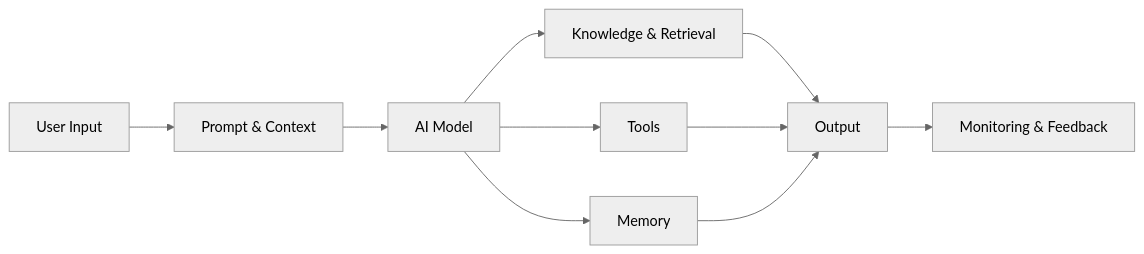
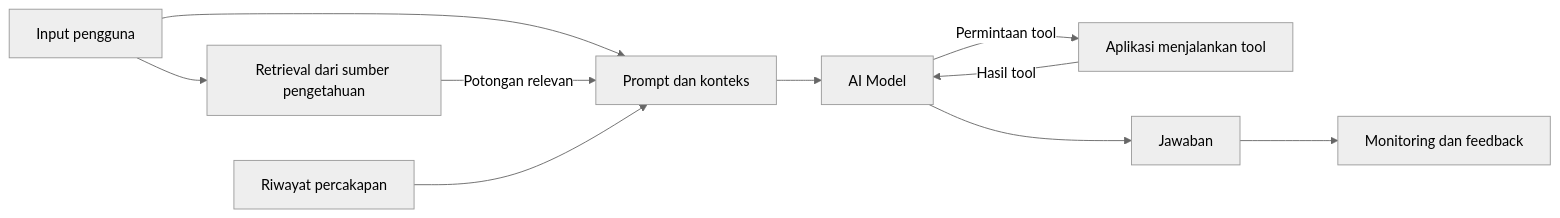
The first of 2 diagrams in docs/ai/ai-systems/overview.md (Dzoel31/learning), drawn with Mermaid (neutral theme) before and after one commit. The commit also changed other lines of this file and 26 other files, not shown here.

````diff
--- a/docs/ai/ai-systems/overview.md
+++ b/docs/ai/ai-systems/overview.md
@@ -24,12 +26,12 @@
 ```mermaid
 graph LR
-    A[User Input] --> B[Prompt & Context]
+    A[Input pengguna] --> B[Prompt dan konteks]
+    A --> D[Retrieval dari sumber pengetahuan]
+    D -->|Potongan relevan| B
+    F[Riwayat percakapan] --> B
     B --> C[AI Model]
-    C --> D[Knowledge & Retrieval]
-    C --> E[Tools]
-    C --> F[Memory]
-    D --> G[Output]
-    E --> G[Output]
-    F --> G[Output]
-    G --> H[Monitoring & Feedback]
+    C -->|Permintaan tool| E[Aplikasi menjalankan tool]
+    E -->|Hasil tool| C
+    C --> G[Jawaban]
+    G --> H[Monitoring dan feedback]
 ```
````
